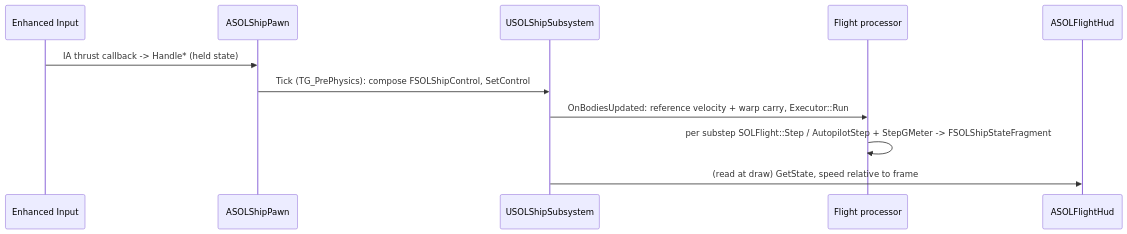
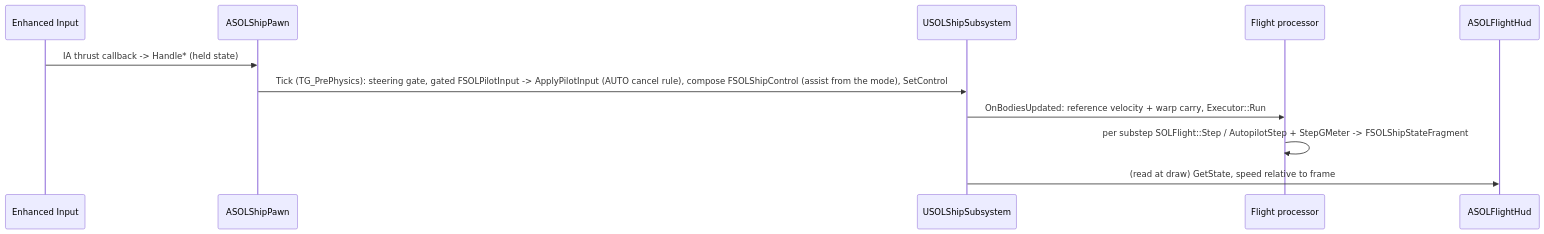
One commit to DieSlower/SOLTest changed the fourth of 4 diagrams in Docs/ARCHITECTURE.md. Above: the diagram before and after it, drawn with Mermaid. The commit also changed other lines of this file and 34 other files, not shown here.

````diff
--- a/Docs/ARCHITECTURE.md
+++ b/Docs/ARCHITECTURE.md
@@ -290,13 +291,13 @@
 ```mermaid
 sequenceDiagram
     participant EI as Enhanced Input
     participant Pawn as ASOLShipPawn
     participant Ship as USOLShipSubsystem
     participant Proc as Flight processor
     participant HUD as ASOLFlightHud
     EI->>Pawn: IA thrust callback -> Handle* (held state)
-    Pawn->>Ship: Tick (TG_PrePhysics): compose FSOLShipControl, SetControl
+    Pawn->>Ship: Tick (TG_PrePhysics): steering gate, gated FSOLPilotInput -> ApplyPilotInput (AUTO cancel rule), compose FSOLShipControl (assist from the mode), SetControl
     Ship->>Proc: OnBodiesUpdated: reference velocity + warp carry, Executor::Run
     Proc->>Proc: per substep SOLFlight::Step / AutopilotStep + StepGMeter -> FSOLShipStateFragment
     Ship->>HUD: (read at draw) GetState, speed relative to frame
 ```
````
